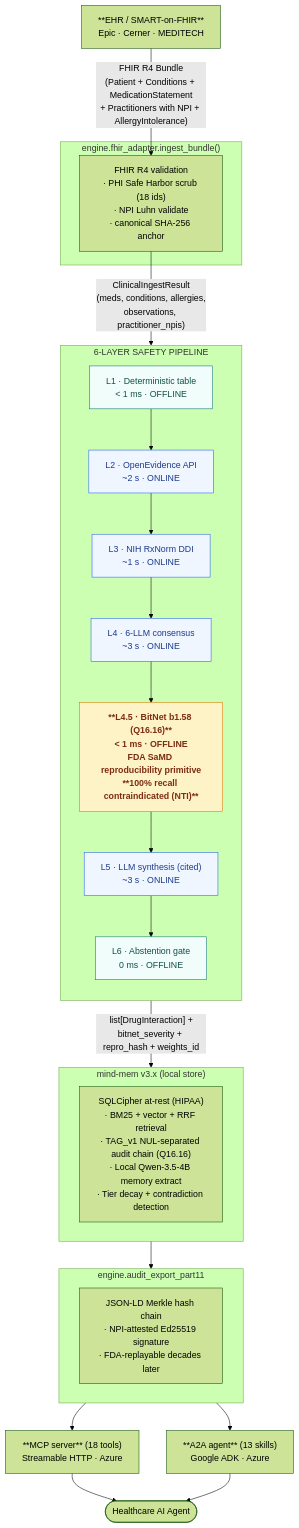
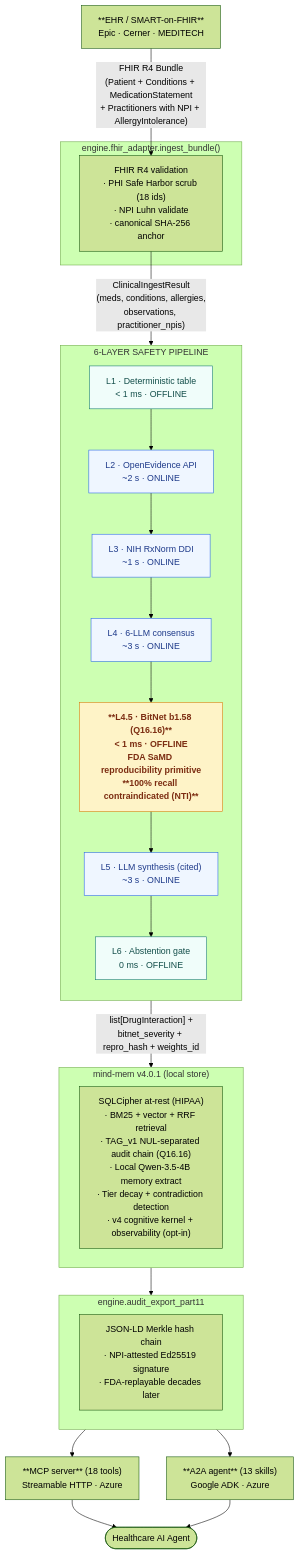
The first of 3 diagrams in docs/architecture.md (star-ga/clinicalmem), drawn with Mermaid (forest theme) before and after one commit. The commit also changed other lines of this file and 26 other files, not shown here.

````diff
--- a/docs/architecture.md
+++ b/docs/architecture.md
@@ -14,49 +14,49 @@
 ```mermaid
 flowchart TB
     EHR["**EHR / SMART-on-FHIR**<br/>Epic · Cerner · MEDITECH"]
     AGENT(["Healthcare AI Agent"])
 
     EHR -->|"FHIR R4 Bundle<br/>(Patient + Conditions + MedicationStatement<br/>+ Practitioners with NPI + AllergyIntolerance)"| FHIR
 
     subgraph INGEST["engine.fhir_adapter.ingest_bundle()"]
       FHIR["FHIR R4 validation<br/>· PHI Safe Harbor scrub (18 ids)<br/>· NPI Luhn validate<br/>· canonical SHA-256 anchor"]
     end
 
     FHIR -->|"ClinicalIngestResult<br/>(meds, conditions, allergies,<br/>observations, practitioner_npis)"| L1
 
     subgraph PIPELINE["6-LAYER SAFETY PIPELINE"]
       direction TB
       L1["L1 · Deterministic table<br/>&lt; 1 ms · OFFLINE"]
       L2["L2 · OpenEvidence API<br/>~2 s · ONLINE"]
       L3["L3 · NIH RxNorm DDI<br/>~1 s · ONLINE"]
       L4["L4 · 6-LLM consensus<br/>~3 s · ONLINE"]
       L45["**L4.5 · BitNet b1.58 (Q16.16)**<br/>&lt; 1 ms · OFFLINE<br/>FDA SaMD reproducibility primitive<br/>**100% recall contraindicated (NTI)**"]
       L5["L5 · LLM synthesis (cited)<br/>~3 s · ONLINE"]
       L6["L6 · Abstention gate<br/>0 ms · OFFLINE"]
       L1 --> L2 --> L3 --> L4 --> L45 --> L5 --> L6
     end
 
     L6 -->|"list[DrugInteraction] +<br/>bitnet_severity + repro_hash + weights_id"| MEM
 
-    subgraph MEM["mind-mem v3.x (local store)"]
-      MEM_INNER["SQLCipher at-rest (HIPAA)<br/>· BM25 + vector + RRF retrieval<br/>· TAG_v1 NUL-separated audit chain (Q16.16)<br/>· Local Qwen-3.5-4B memory extract<br/>· Tier decay + contradiction detection"]
+    subgraph MEM["mind-mem v4.0.1 (local store)"]
+      MEM_INNER["SQLCipher at-rest (HIPAA)<br/>· BM25 + vector + RRF retrieval<br/>· TAG_v1 NUL-separated audit chain (Q16.16)<br/>· Local Qwen-3.5-4B memory extract<br/>· Tier decay + contradiction detection<br/>· v4 cognitive kernel + observability (opt-in)"]
     end
 
     MEM --> AUDIT
     subgraph AUDIT["engine.audit_export_part11"]
       AUDIT_INNER["JSON-LD Merkle hash chain<br/>· NPI-attested Ed25519 signature<br/>· FDA-replayable decades later"]
     end
 
     AUDIT --> MCP & A2A
     MCP["**MCP server** (18 tools)<br/>Streamable HTTP · Azure"]
     A2A["**A2A agent** (13 skills)<br/>Google ADK · Azure"]
     MCP --> AGENT
     A2A --> AGENT
 
     classDef offline fill:#F0FDFA,stroke:#0F766E,color:#134E4A
     classDef online fill:#EFF6FF,stroke:#2563eb,color:#1e3a8a
     classDef critical fill:#FEF3C7,stroke:#d97706,color:#7c2d12,font-weight:bold
     class L1,L45,L6 offline
     class L2,L3,L4,L5 online
     class L45 critical
 ```
````
